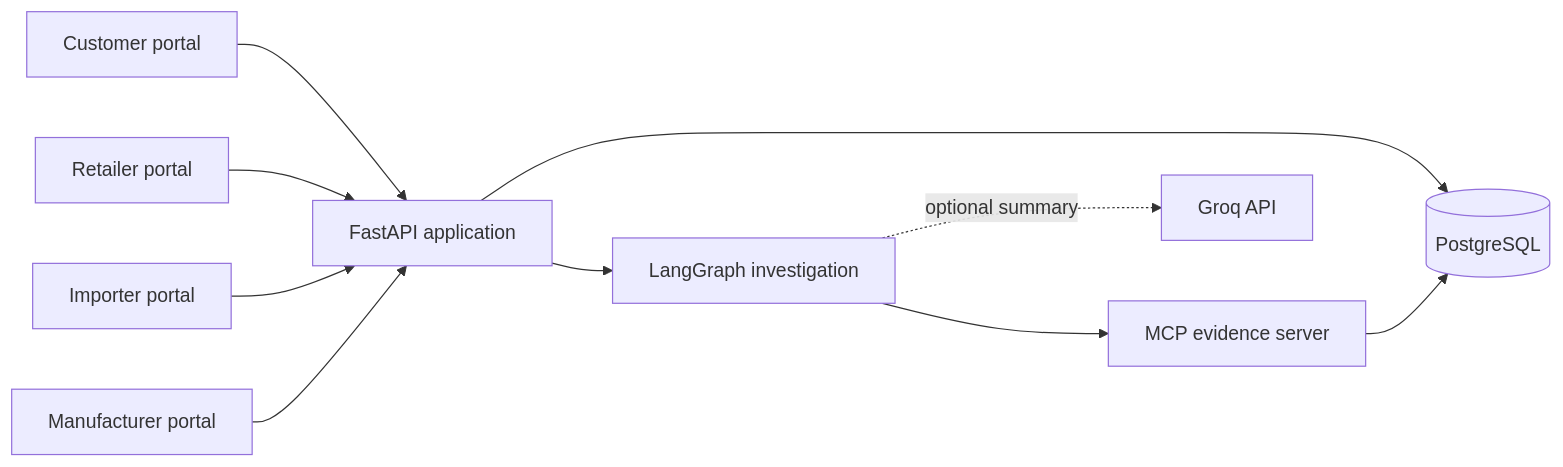
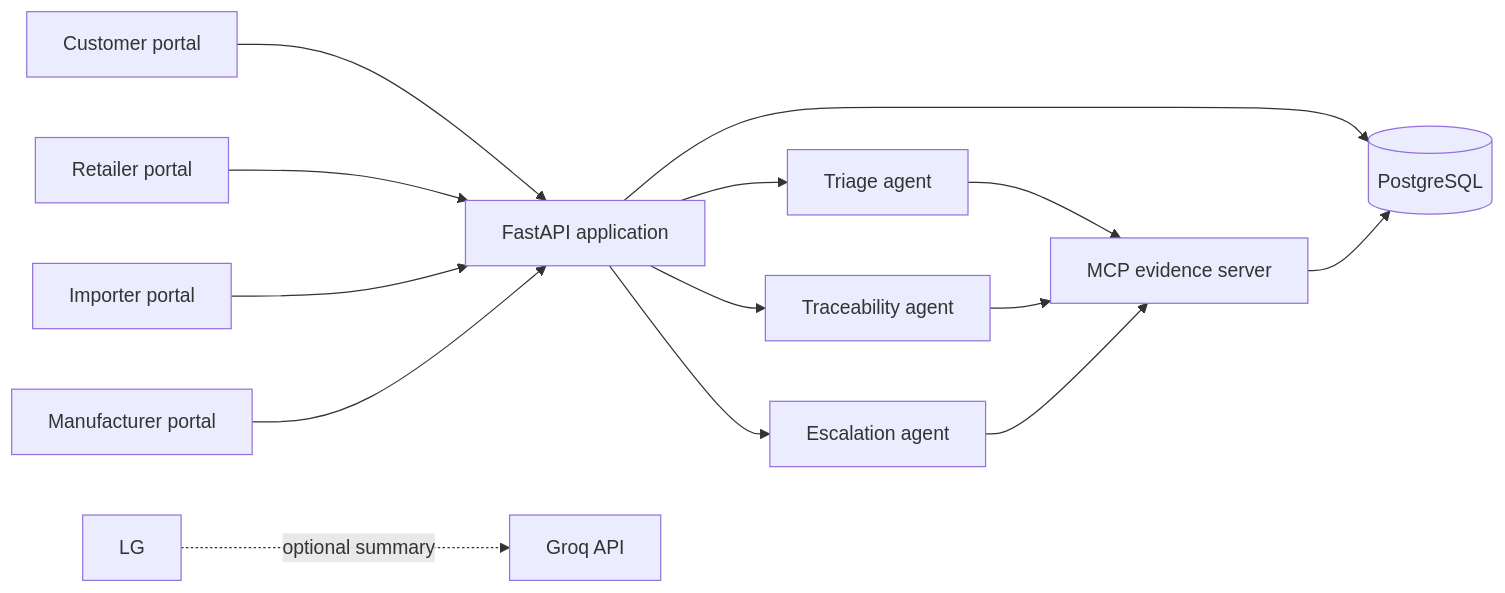
One commit to Abubakar123421/agentica changed the first of 2 diagrams in batchbridge/ARCHITECTURE.md. Above: the diagram before and after it, drawn with Mermaid. The commit also changed other lines of this file and 40 other files, not shown here.

````diff
--- a/batchbridge/ARCHITECTURE.md
+++ b/batchbridge/ARCHITECTURE.md
@@ -5,12 +5,16 @@
 ```mermaid
 flowchart LR
     C[Customer portal] --> API[FastAPI application]
     R[Retailer portal] --> API
     I[Importer portal] --> API
     M[Manufacturer portal] --> API
     API --> DB[(PostgreSQL)]
-    API --> LG[LangGraph investigation]
-    LG --> MCP[MCP evidence server]
+    API --> T[Triage agent]
+    API --> TR[Traceability agent]
+    API --> E[Escalation agent]
+    T --> MCP[MCP evidence server]
+    TR --> MCP
+    E --> MCP
     MCP --> DB
     LG -. optional summary .-> G[Groq API]
 ```
````
